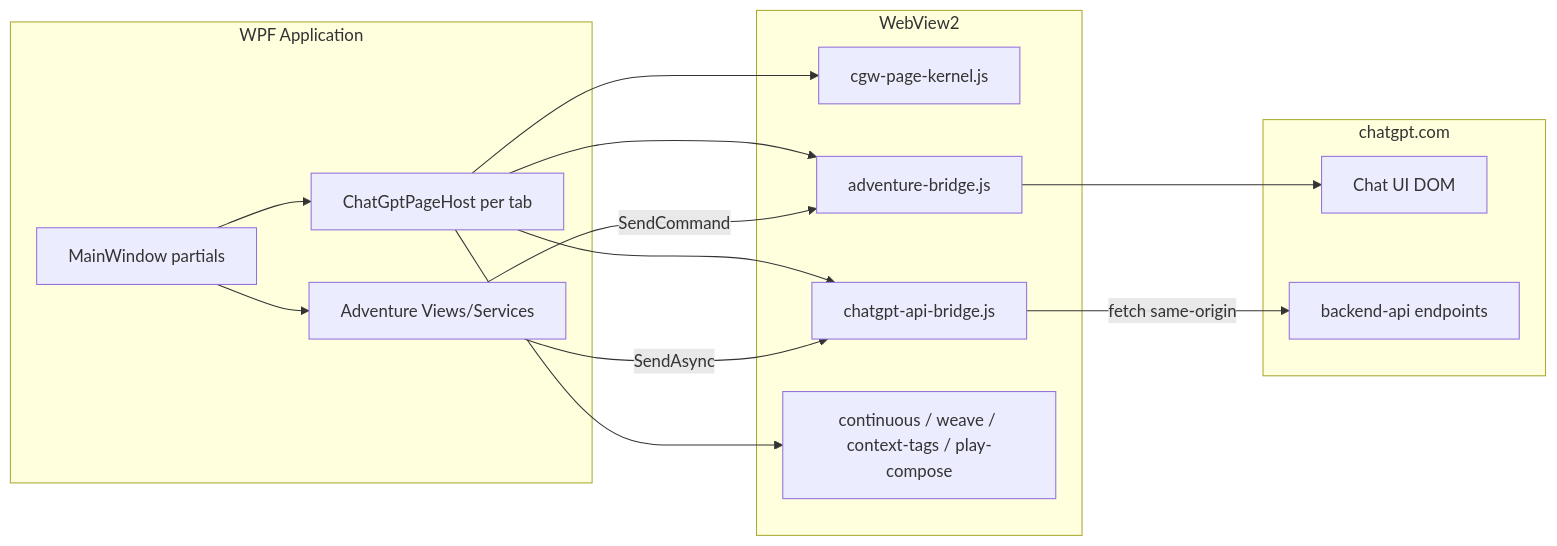
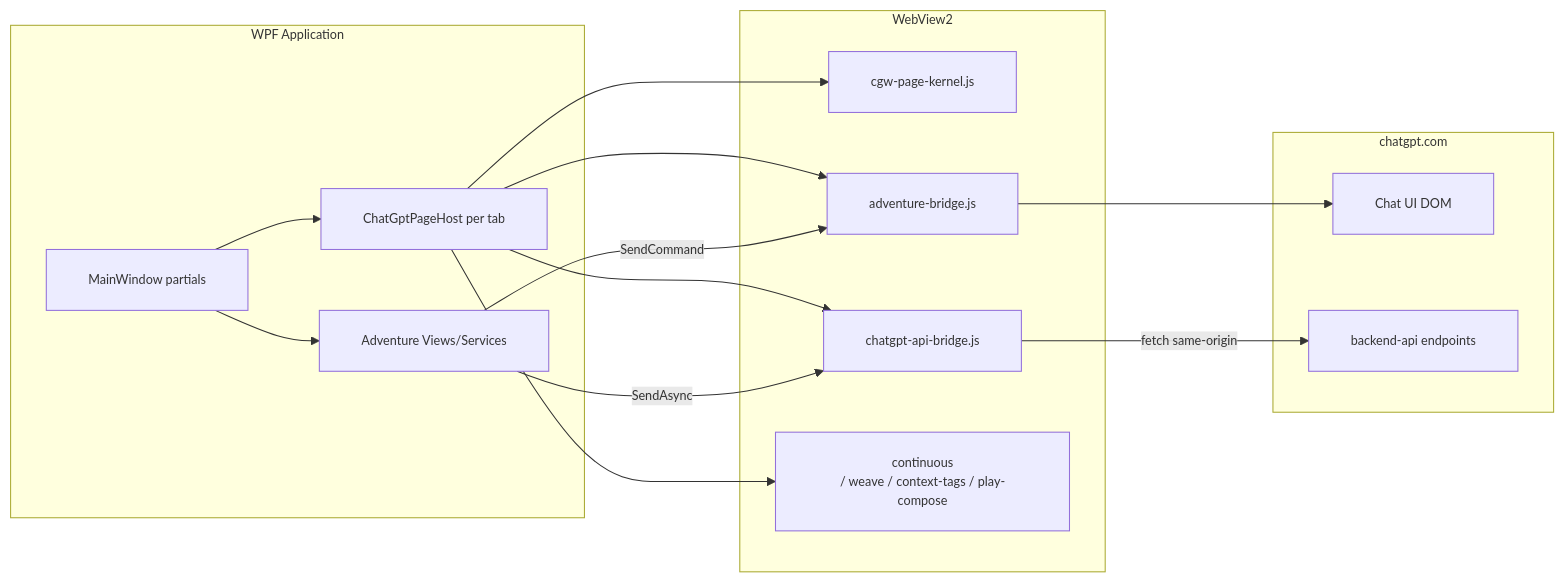
One commit to CMD0112/NarrativeGPT changed the first of 2 diagrams in docs/developer/architecture.md. Above: the diagram before and after it, drawn with Mermaid. The commit also changed other lines of this file and 788 other files, not shown here.

````diff
--- a/docs/developer/architecture.md
+++ b/docs/developer/architecture.md
@@ -37,31 +39,32 @@
 ```mermaid
+%%{init: {"flowchart":{"nodeSpacing":58,"rankSpacing":68,"padding":20,"subGraphTitleMargin":16,"diagramPadding":12,"htmlLabels":true},"themeVariables":{"fontSize":"12px"}} }%%
 flowchart LR
     subgraph wpf [WPF Application]
         MW[MainWindow partials]
         ADV[Adventure Views/Services]
         PH[ChatGptPageHost per tab]
     end
 
     subgraph webview [WebView2]
         KERNEL[cgw-page-kernel.js]
         API[chatgpt-api-bridge.js]
         PLAY[adventure-bridge.js]
-        DISPLAY[continuous / weave / context-tags / play-compose]
+        DISPLAY[continuous<br/>/ weave / context-tags / play-compose]
     end
 
     subgraph remote [chatgpt.com]
         DOM[Chat UI DOM]
         API_EP[backend-api endpoints]
     end
 
     MW --> ADV
     MW --> PH
     PH --> KERNEL
     PH --> API
     PH --> PLAY
     PH --> DISPLAY
     API -->|fetch same-origin| API_EP
     PLAY --> DOM
     ADV -->|SendAsync| API
     ADV -->|SendCommand| PLAY
 ```
````
